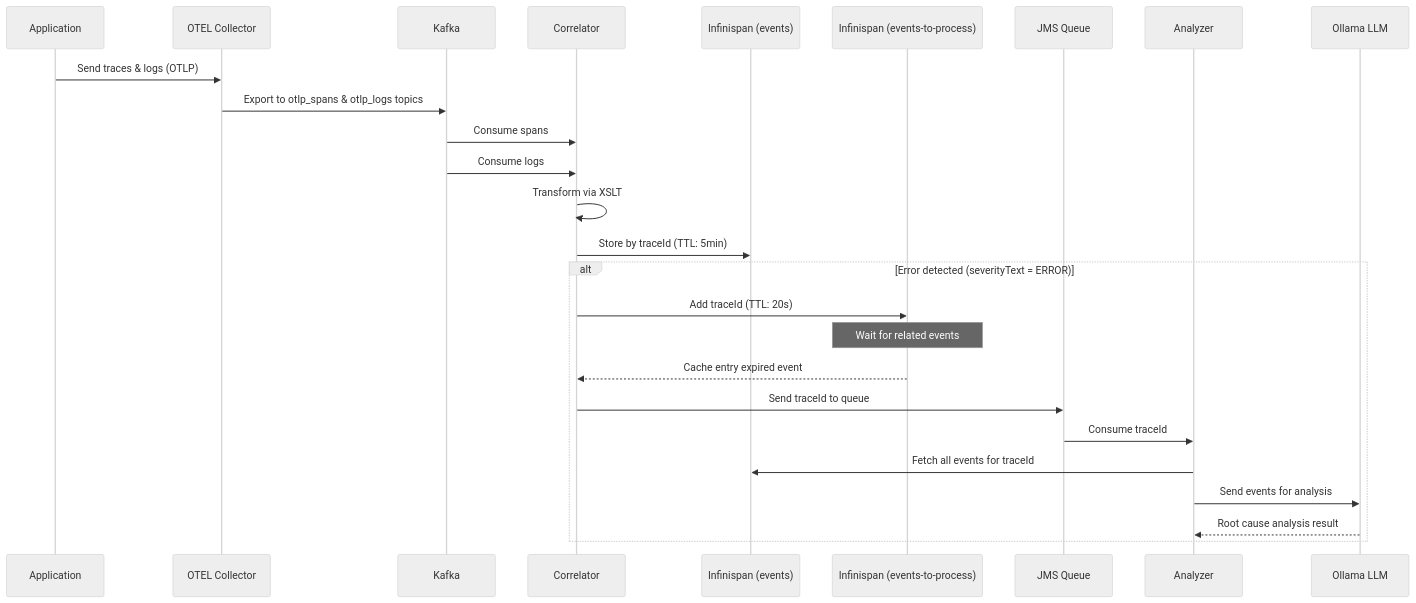
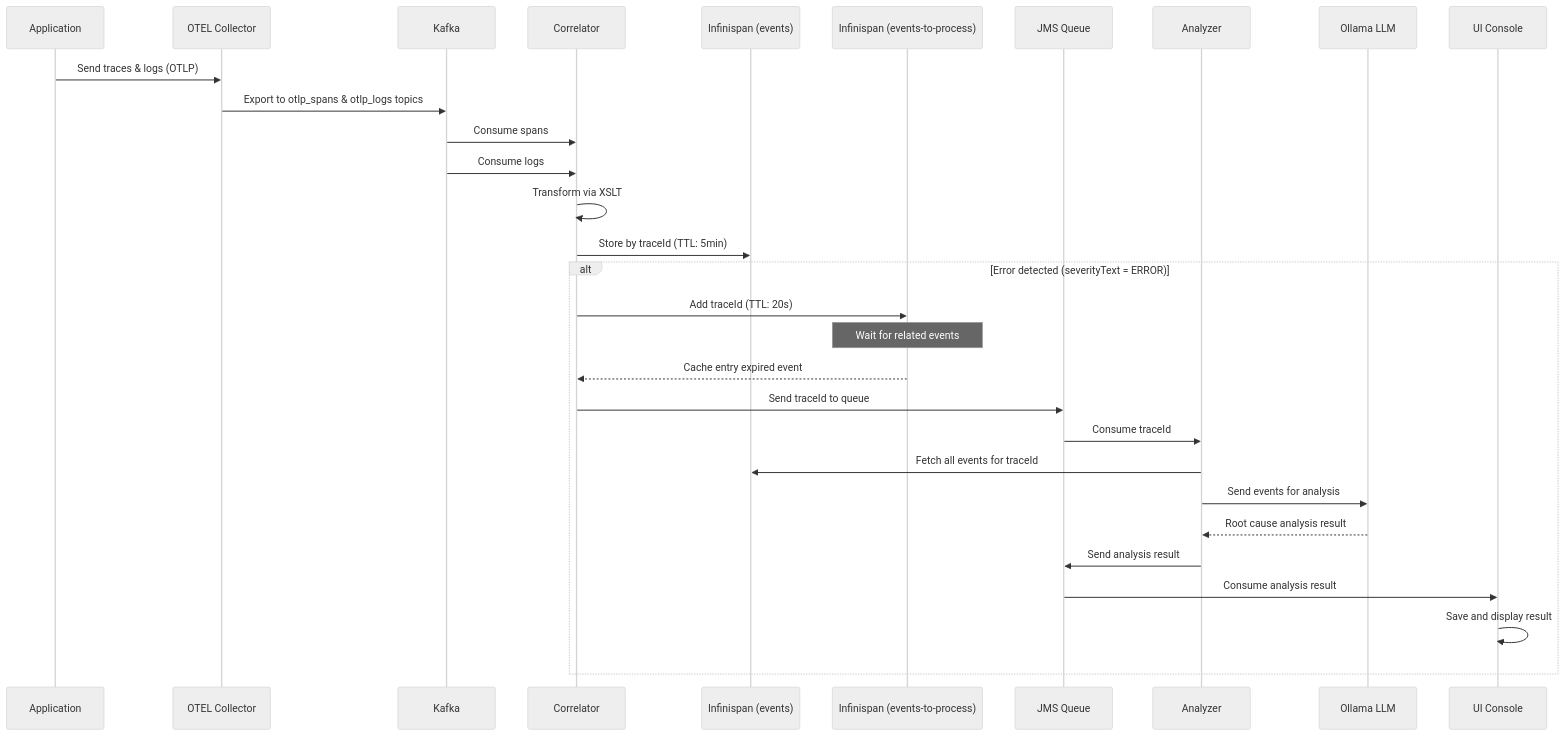
The diagram in README.md (mcarlett/smart-log-analyzer), drawn with Mermaid (neutral theme) before and after one commit. The commit also changed other lines of this file and 6 other files, not shown here.

````diff
--- a/README.md
+++ b/README.md
@@ -7,31 +7,35 @@
 ```mermaid
 sequenceDiagram
     participant App as Application
     participant OTel as OTEL Collector
     participant Kafka as Kafka
     participant Correlator as Correlator
     participant Events as Infinispan (events)
     participant ToProcess as Infinispan (events-to-process)
     participant JMS as JMS Queue
     participant Analyzer as Analyzer
     participant LLM as Ollama LLM
+    participant UIConsole as UI Console
 
     App->>OTel: Send traces & logs (OTLP)
     OTel->>Kafka: Export to otlp_spans & otlp_logs topics
 
     Kafka->>Correlator: Consume spans
     Kafka->>Correlator: Consume logs
     Correlator->>Correlator: Transform via XSLT
     Correlator->>Events: Store by traceId (TTL: 5min)
 
     alt Error detected (severityText = ERROR)
         Correlator->>ToProcess: Add traceId (TTL: 20s)
         Note over ToProcess: Wait for related events
         ToProcess-->>Correlator: Cache entry expired event
         Correlator->>JMS: Send traceId to queue
         JMS->>Analyzer: Consume traceId
         Analyzer->>Events: Fetch all events for traceId
         Analyzer->>LLM: Send events for analysis
         LLM-->>Analyzer: Root cause analysis result
+        Analyzer->>JMS: Send analysis result
+        JMS->>UIConsole: Consume analysis result
+        UIConsole->>UIConsole: Save and display result
     end
 ```
````
